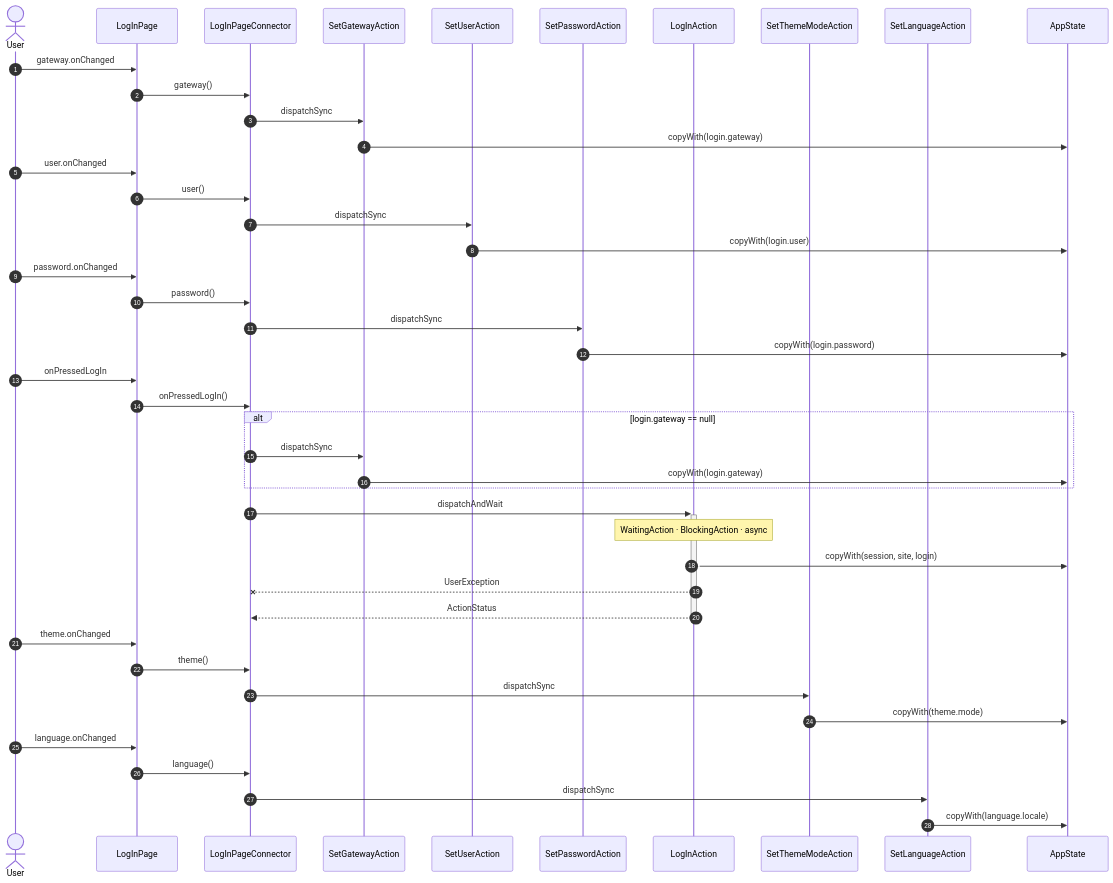
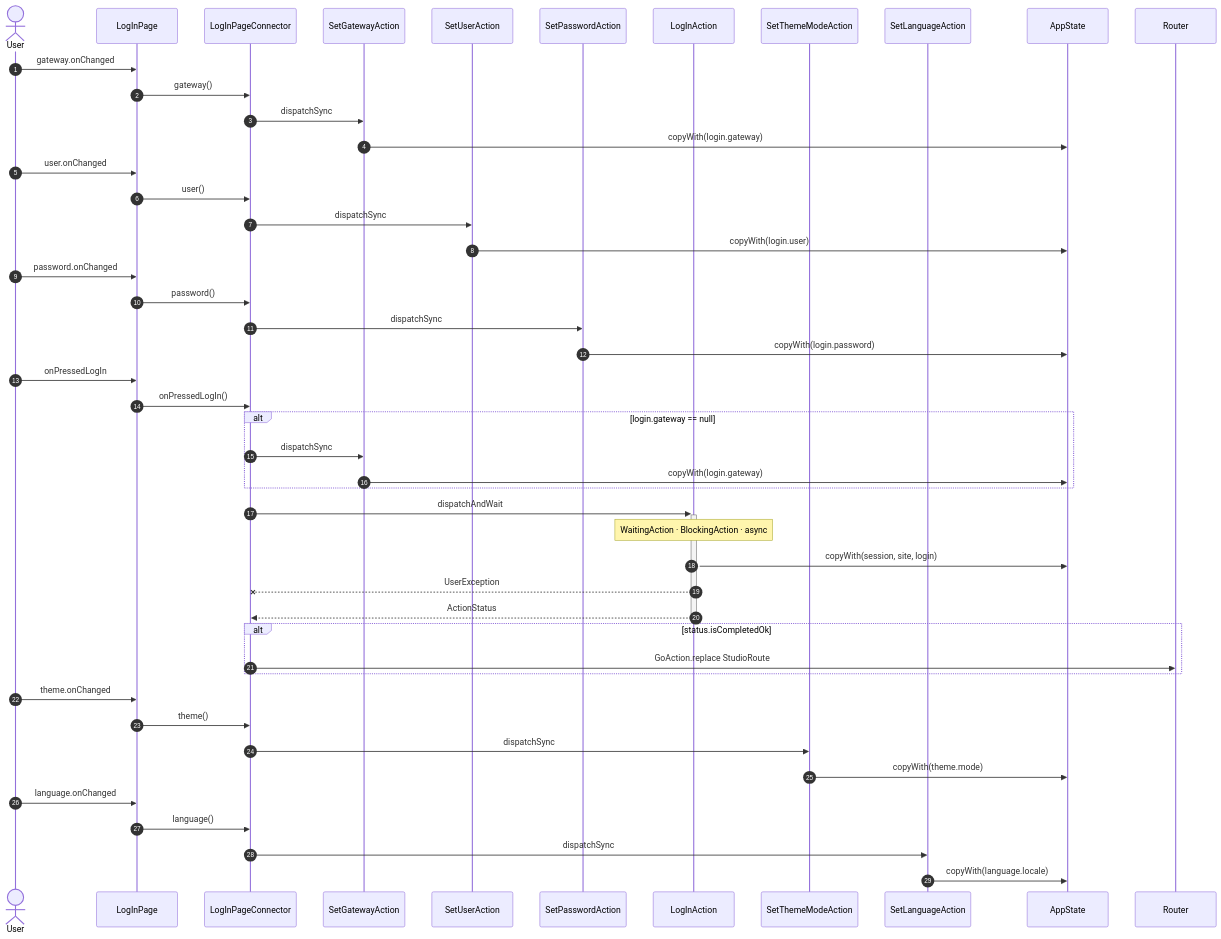
Before and after one commit to gencto/wyrm: the diagram in studio/docs/flows/logIn.md, drawn with Mermaid. The commit also changed other lines of this file and 93 other files, not shown here.

````diff
--- a/studio/docs/flows/logIn.md
+++ b/studio/docs/flows/logIn.md
@@ -7,51 +7,55 @@
 ```mermaid
 sequenceDiagram
     autonumber
     actor User
     participant UI as LogInPage
     participant VM as LogInPageConnector
     participant A1 as SetGatewayAction
     participant A2 as SetUserAction
     participant A3 as SetPasswordAction
     participant A4 as LogInAction
     participant A5 as SetThemeModeAction
     participant A6 as SetLanguageAction
     participant ST as AppState
+    participant NAV as Router
 
     User->>UI: gateway.onChanged
     UI->>VM: gateway()
     VM->>A1: dispatchSync
     A1->>ST: copyWith(login.gateway)
 
     User->>UI: user.onChanged
     UI->>VM: user()
     VM->>A2: dispatchSync
     A2->>ST: copyWith(login.user)
 
     User->>UI: password.onChanged
     UI->>VM: password()
     VM->>A3: dispatchSync
     A3->>ST: copyWith(login.password)
 
     User->>UI: onPressedLogIn
     UI->>VM: onPressedLogIn()
     alt login.gateway == null
         VM->>A1: dispatchSync
         A1->>ST: copyWith(login.gateway)
     end
     VM->>+A4: dispatchAndWait
     Note over A4: WaitingAction · BlockingAction · async
     A4->>ST: copyWith(session, site, login)
     A4--xVM: UserException
     A4-->>-VM: ActionStatus
+    alt status.isCompletedOk
+        VM->>NAV: GoAction.replace StudioRoute
+    end
 
     User->>UI: theme.onChanged
     UI->>VM: theme()
     VM->>A5: dispatchSync
     A5->>ST: copyWith(theme.mode)
 
     User->>UI: language.onChanged
     UI->>VM: language()
     VM->>A6: dispatchSync
     A6->>ST: copyWith(language.locale)
 ```
````
